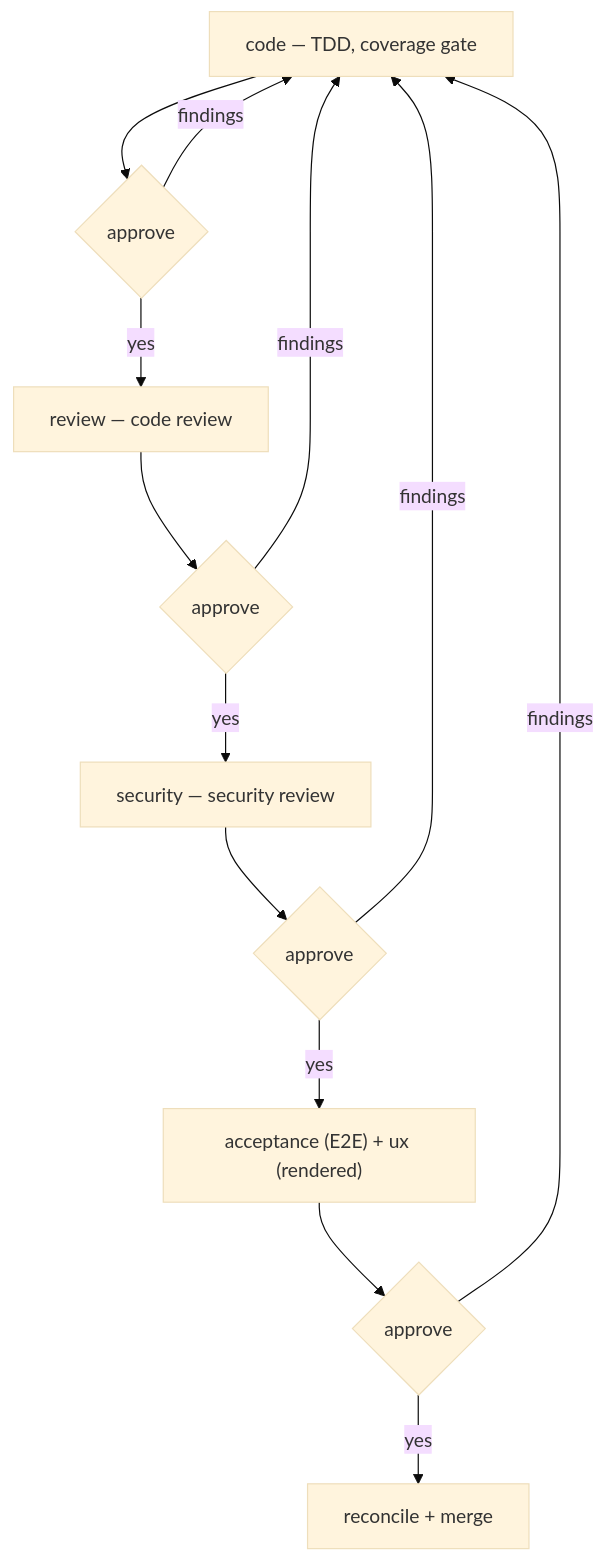
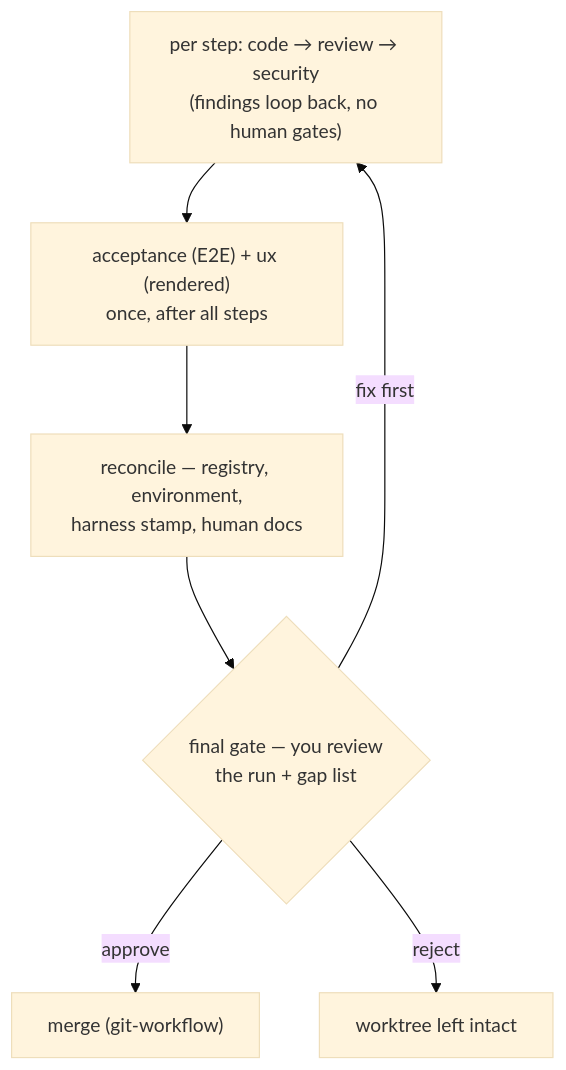
One commit to virajp/ai-plugins changed the second of 2 diagrams in readme.md. Above: the diagram before and after it, drawn with Mermaid (base theme). The commit also changed other lines of this file and 23 other files, not shown here.

````diff
--- a/readme.md
+++ b/readme.md
@@ -430,15 +497,9 @@
 ```mermaid
 flowchart TD
-    C["code — TDD, coverage gate"] --> G1{"approve"}
-    G1 -->|yes| R["review — code review"]
-    G1 -->|findings| C
-    R --> G2{"approve"}
-    G2 -->|yes| S["security — security review"]
-    G2 -->|findings| C
-    S --> G3{"approve"}
-    G3 -->|yes| AX["acceptance (E2E) + ux (rendered)"]
-    G3 -->|findings| C
-    AX --> G4{"approve"}
-    G4 -->|yes| RC["reconcile + merge"]
-    G4 -->|findings| C
+    P["per step: code → review → security<br/>(findings loop back, no human gates)"] --> AX["acceptance (E2E) + ux (rendered)<br/>once, after all steps"]
+    AX --> RC["reconcile — registry, environment,<br/>harness stamp, human docs"]
+    RC --> G{"final gate — you review<br/>the run + gap list"}
+    G -->|approve| M["merge (git-workflow)"]
+    G -->|fix first| P
+    G -->|reject| W["worktree left intact"]
 ```
````
